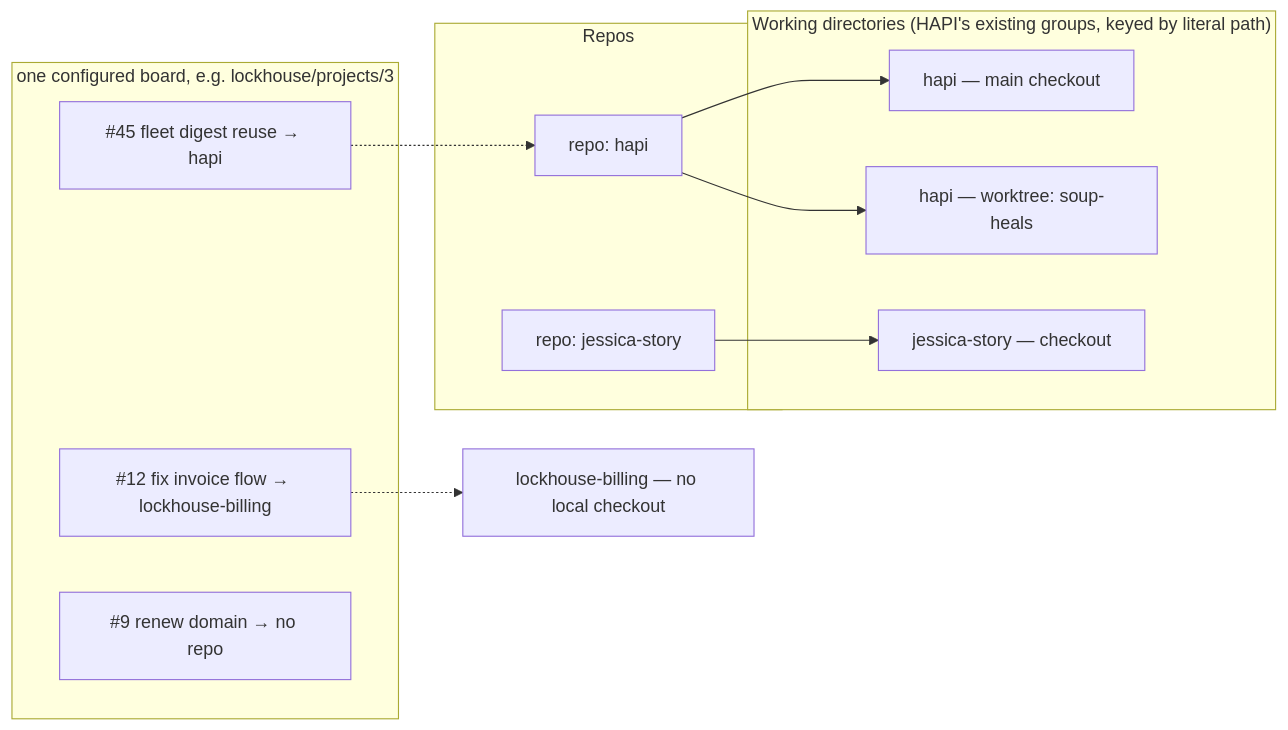
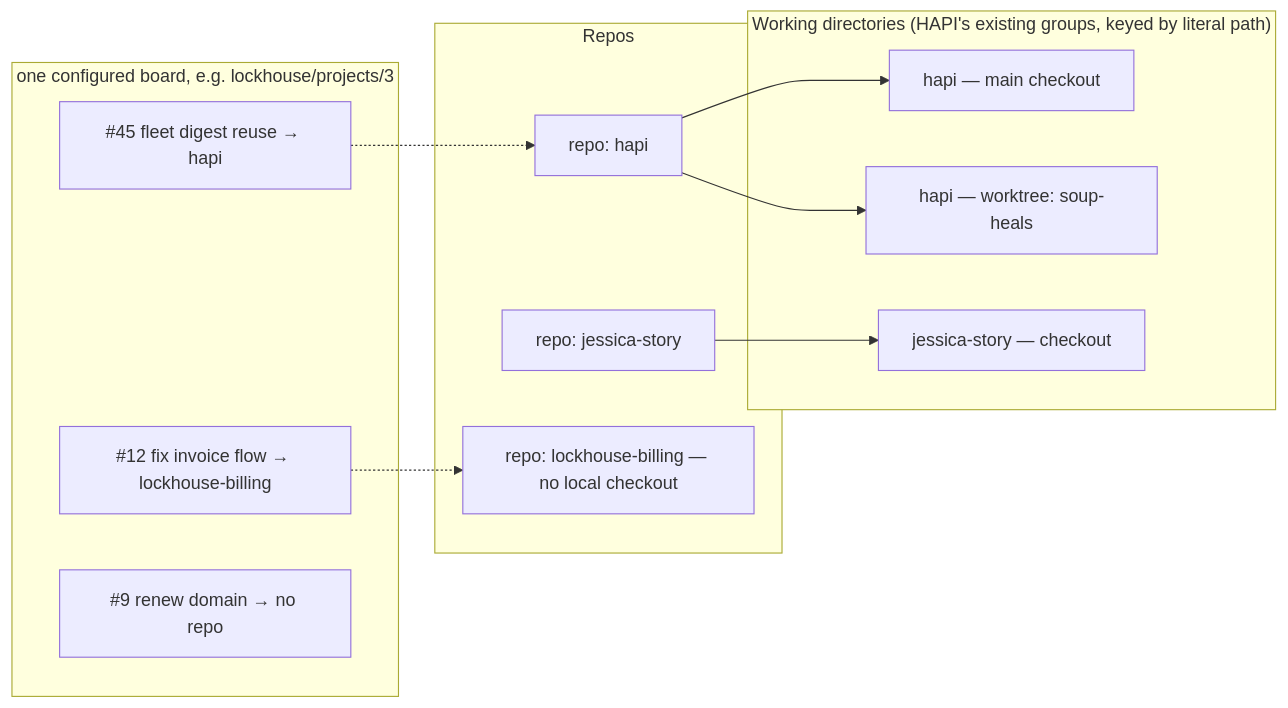
The first of 3 diagrams in docs/plans/2026-10-07-todo-board-view-design.md (heavygee/hapi), drawn with Mermaid before and after one commit. The commit also changed other lines of this file, not shown here.

````diff
--- a/docs/plans/2026-10-07-todo-board-view-design.md
+++ b/docs/plans/2026-10-07-todo-board-view-design.md
@@ -38,22 +40,23 @@
 ```mermaid
 graph LR
   subgraph WD["Working directories (HAPI's existing groups, keyed by literal path)"]
     W1[hapi — main checkout]
     W2[hapi — worktree: soup-heals]
     W3[jessica-story — checkout]
   end
   subgraph Repos
     R1[repo: hapi]
     R2[repo: jessica-story]
+    R4[repo: lockhouse-billing — no local checkout]
   end
   subgraph Board["one configured board, e.g. lockhouse/projects/3"]
     T1["#45 fleet digest reuse → hapi"]
     T2["#12 fix invoice flow → lockhouse-billing"]
     T3["#9 renew domain → no repo"]
   end
   R1 --> W1
   R1 --> W2
   R2 --> W3
   T1 -.-> R1
-  T2 -.-> R4[lockhouse-billing — no local checkout]
+  T2 -.-> R4
 ```
````
